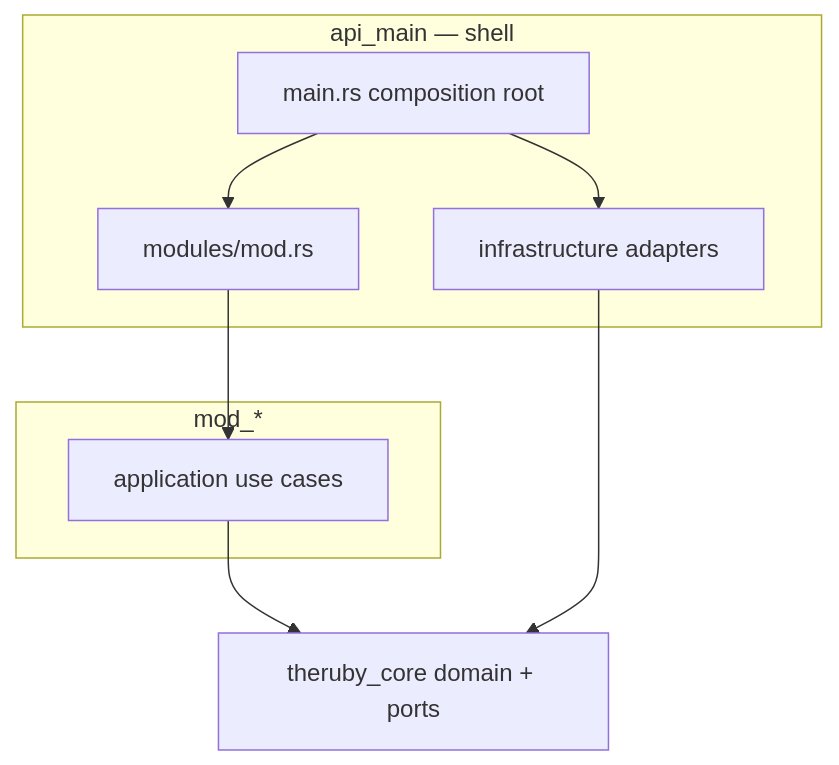
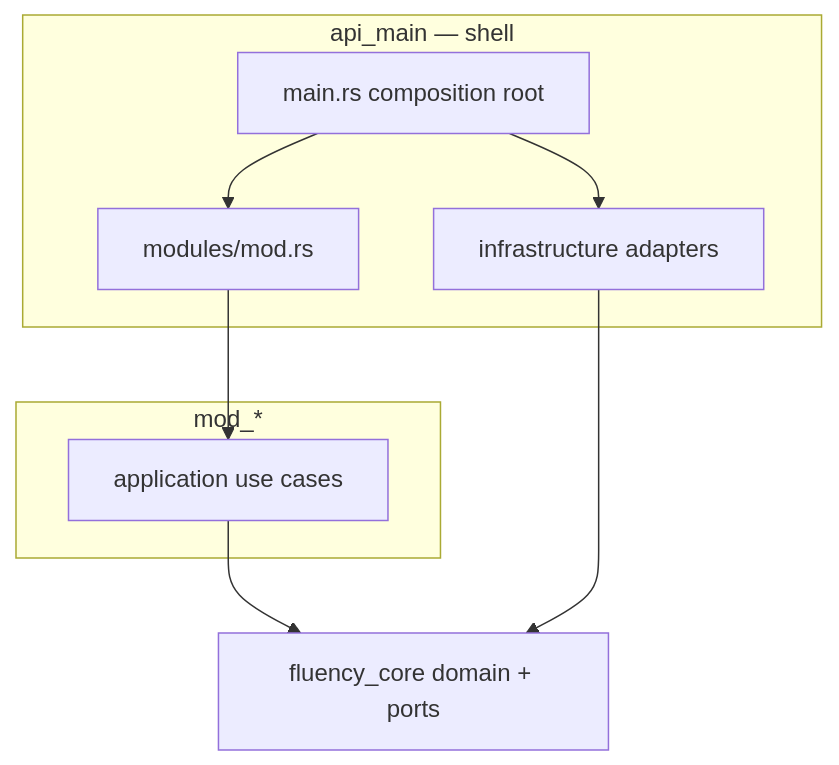
One commit to jcoronado1982/http-fluency.lat changed the diagram in docs/ARQUITECTURA_MODULAR.md. Above: the diagram before and after it, drawn with Mermaid. The commit also changed other lines of this file and 85 other files, not shown here.

````diff
--- a/docs/ARQUITECTURA_MODULAR.md
+++ b/docs/ARQUITECTURA_MODULAR.md
@@ -59,20 +61,20 @@
 ```mermaid
 flowchart TB
   subgraph shell [api_main — shell]
     MAIN[main.rs composition root]
     MODREG[modules/mod.rs]
     INFRA[infrastructure adapters]
   end
 
   subgraph mods [mod_*]
     UC[application use cases]
   end
 
-  CORE[theruby_core domain + ports]
+  CORE[fluency_core domain + ports]
 
   MAIN --> MODREG
   MODREG --> UC
   UC --> CORE
   INFRA --> CORE
   MAIN --> INFRA
 ```
````
